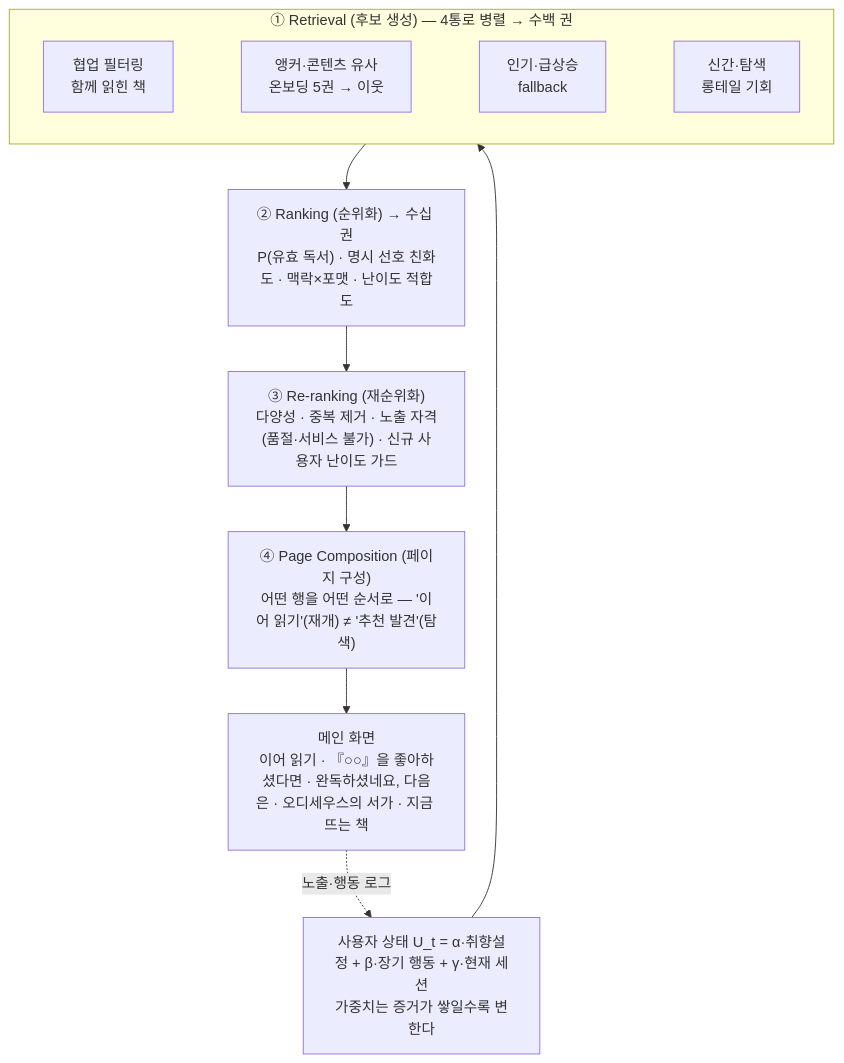
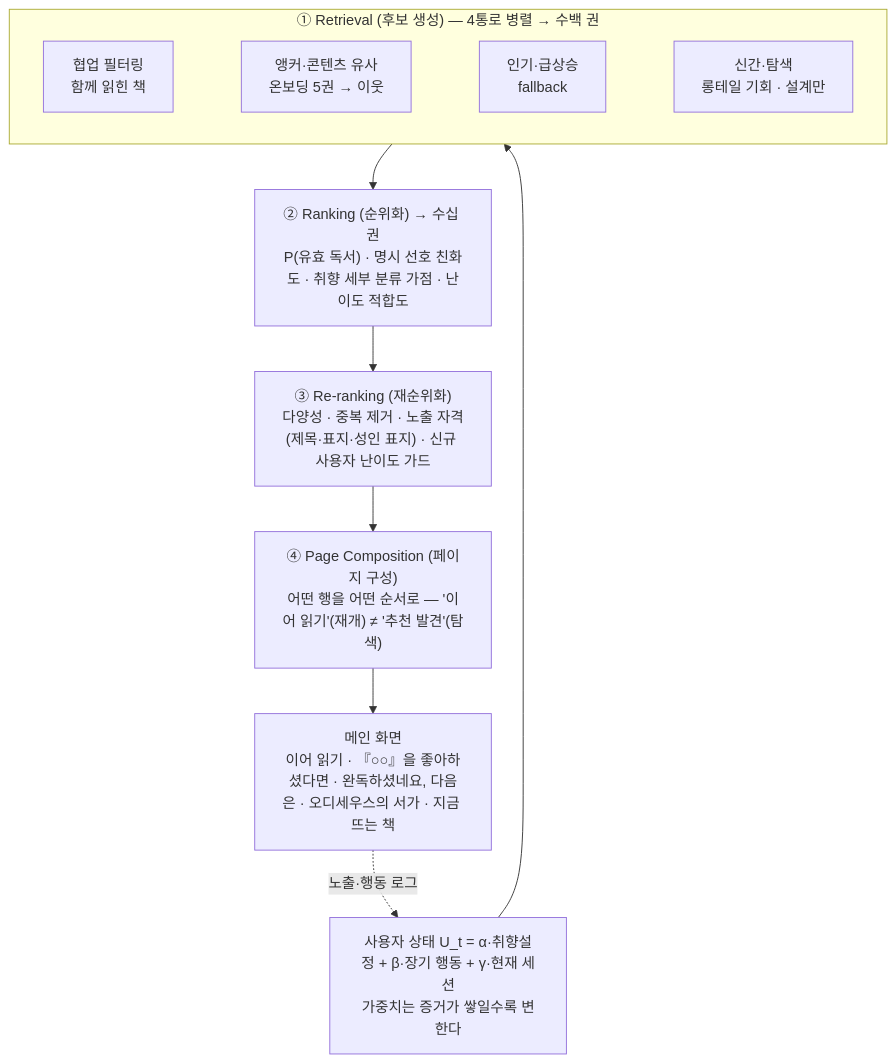
One commit to ShinWon-Chul/millie-rec changed the second of 4 diagrams in report/draft.md. Above: the diagram before and after it, drawn with Mermaid. The commit also changed other lines of this file and 1 other file, not shown here.

````diff
--- a/report/draft.md
+++ b/report/draft.md
@@ -68,13 +68,13 @@
 ```mermaid
 flowchart TD
     U["사용자 상태 U_t = α·취향설정 + β·장기 행동 + γ·현재 세션<br/>가중치는 증거가 쌓일수록 변한다"] --> R
     subgraph R["① Retrieval (후보 생성) — 4통로 병렬 → 수백 권"]
         direction LR
-        R1["협업 필터링<br/>함께 읽힌 책"] ~~~ R2["앵커·콘텐츠 유사<br/>온보딩 5권 → 이웃"] ~~~ R3["인기·급상승<br/>fallback"] ~~~ R4["신간·탐색<br/>롱테일 기회"]
+        R1["협업 필터링<br/>함께 읽힌 책"] ~~~ R2["앵커·콘텐츠 유사<br/>온보딩 5권 → 이웃"] ~~~ R3["인기·급상승<br/>fallback"] ~~~ R4["신간·탐색<br/>롱테일 기회 · 설계만"]
     end
-    R --> K["② Ranking (순위화) → 수십 권<br/>P(유효 독서) · 명시 선호 친화도 · 맥락×포맷 · 난이도 적합도"]
-    K --> RR["③ Re-ranking (재순위화)<br/>다양성 · 중복 제거 · 노출 자격(품절·서비스 불가) · 신규 사용자 난이도 가드"]
+    R --> K["② Ranking (순위화) → 수십 권<br/>P(유효 독서) · 명시 선호 친화도 · 취향 세부 분류 가점 · 난이도 적합도"]
+    K --> RR["③ Re-ranking (재순위화)<br/>다양성 · 중복 제거 · 노출 자격(제목·표지·성인 표지) · 신규 사용자 난이도 가드"]
     RR --> P["④ Page Composition (페이지 구성)<br/>어떤 행을 어떤 순서로 — '이어 읽기'(재개) ≠ '추천 발견'(탐색)"]
     P --> M["메인 화면<br/>이어 읽기 · 『○○』을 좋아하셨다면 · 완독하셨네요, 다음은 · 오디세우스의 서가 · 지금 뜨는 책"]
     M -.노출·행동 로그.-> U
 ```
````
